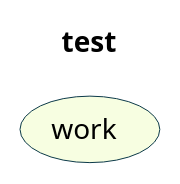
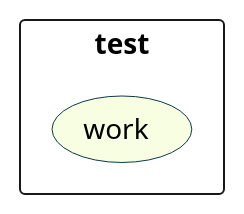
One commit to jawira/phing-visualizer changed the diagram in resources/puml/gist-nfabre.puml. Above: the diagram before and after it, drawn with PlantUML. The commit also changed 6 other files, not shown here.

```diff
--- a/resources/puml/gist-nfabre.puml
+++ b/resources/puml/gist-nfabre.puml
@@ -1,15 +1,16 @@
 @startuml
 
-title test
 skinparam Arrow {
-    Color #0C3A49
-    FontColor #3787A6
+Color #0C3A49
+FontColor #3787A6
 }
 skinparam Usecase {
-    BackgroundColor #F7FEE1
-    BorderColor #0C3A49
+BackgroundColor #F7FEE1
+BorderColor #0C3A49
 }
 
+rectangle "test" {
 (work)
+}
 
 @enduml
```
